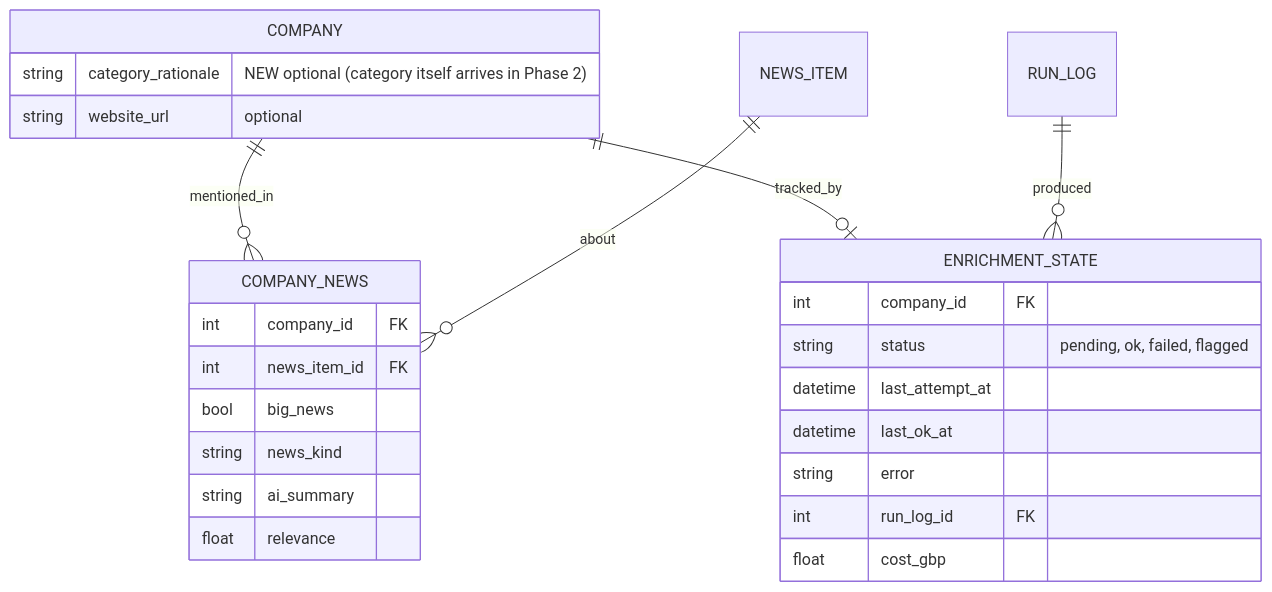
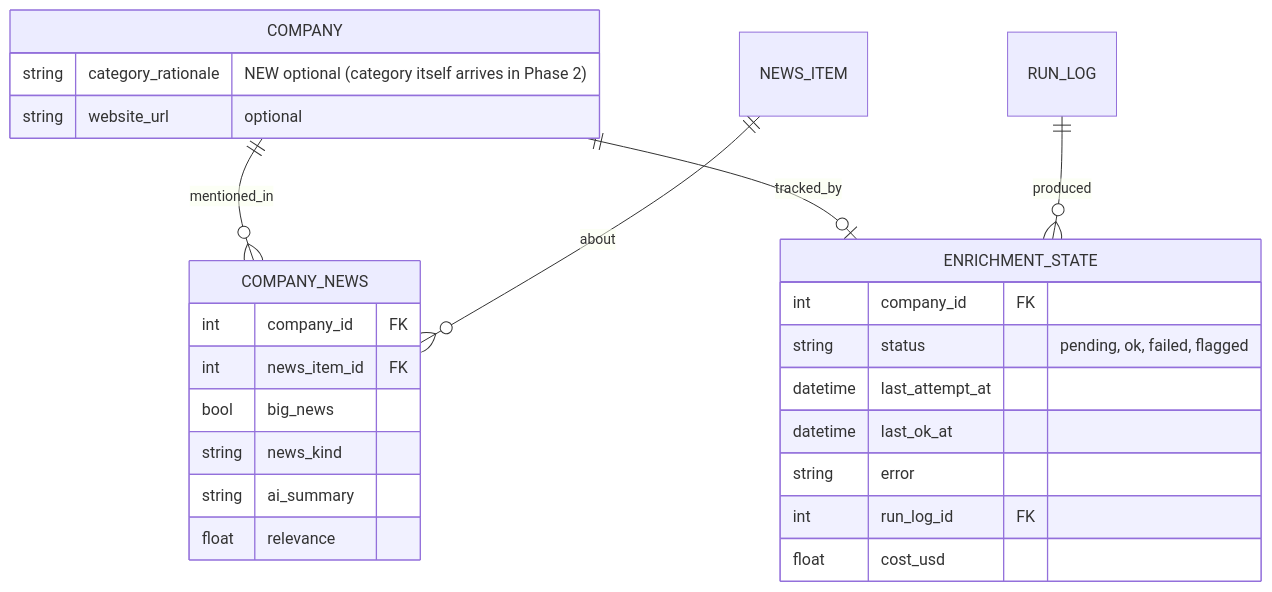
One commit to Farzaanee/sprout changed diagram 12 of 12 in docs/architecture.md. Above: the diagram before and after it, drawn with Mermaid. The commit also changed other lines of this file and 13 other files, not shown here.

````diff
--- a/docs/architecture.md
+++ b/docs/architecture.md
@@ -632,28 +630,28 @@
 ```mermaid
 erDiagram
     COMPANY ||--o{ COMPANY_NEWS : mentioned_in
     NEWS_ITEM ||--o{ COMPANY_NEWS : about
     COMPANY ||--o| ENRICHMENT_STATE : tracked_by
     RUN_LOG ||--o{ ENRICHMENT_STATE : produced
     COMPANY {
         string category_rationale "NEW optional (category itself arrives in Phase 2)"
         string website_url "optional"
     }
     COMPANY_NEWS {
         int company_id FK
         int news_item_id FK
         bool big_news
         string news_kind
         string ai_summary
         float relevance
     }
     ENRICHMENT_STATE {
         int company_id FK
         string status "pending, ok, failed, flagged"
         datetime last_attempt_at
         datetime last_ok_at
         string error
         int run_log_id FK
-        float cost_gbp
+        float cost_usd
     }
 ```
````
